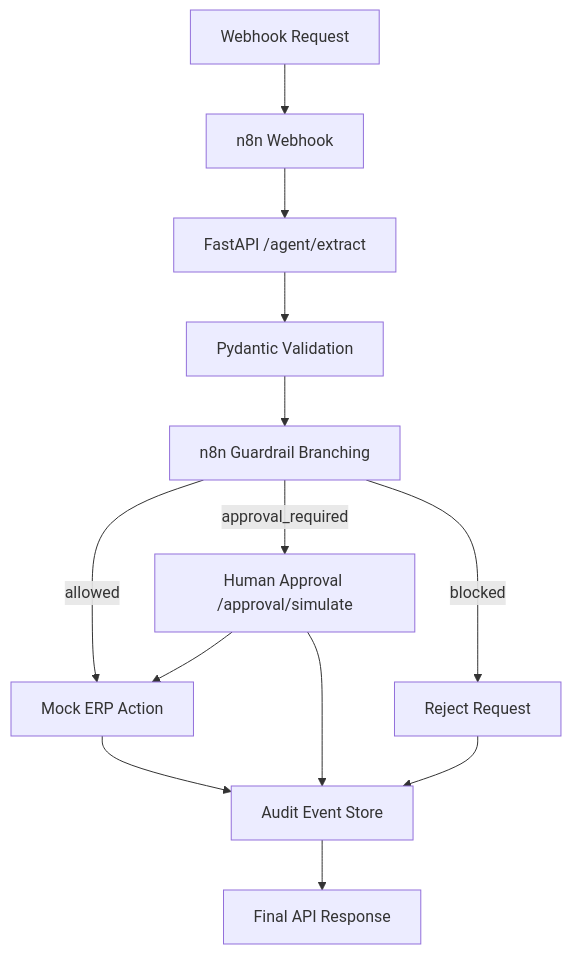
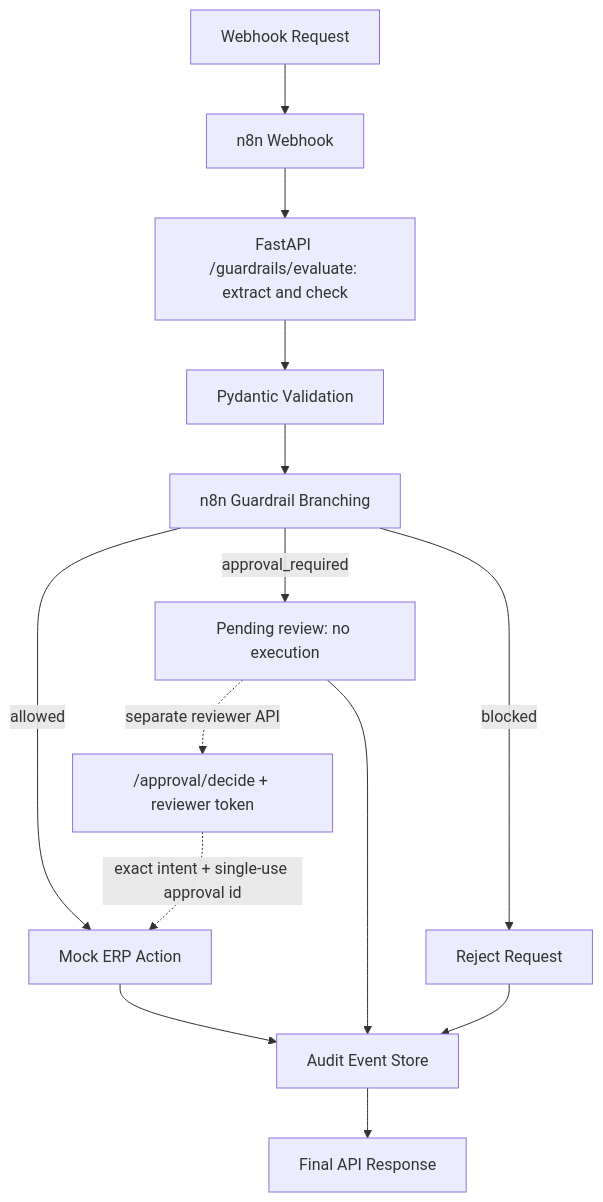
The diagram in README.md (gharisj3/ai-agent-execution-layer-demo), drawn with Mermaid before and after one commit. The commit also changed other lines of this file and 12 other files, not shown here.

Commit message:
Enforce intent-bound approvals for mock execution [skip ci]

````diff
--- a/README.md
+++ b/README.md
@@ -28,15 +30,16 @@
 ```mermaid
 flowchart TD
     A["Webhook Request"] --> B["n8n Webhook"]
-    B --> C["FastAPI /agent/extract"]
+    B --> C["FastAPI /guardrails/evaluate: extract and check"]
     C --> D["Pydantic Validation"]
     D --> E["n8n Guardrail Branching"]
     E -->|allowed| F["Mock ERP Action"]
-    E -->|approval_required| G["Human Approval /approval/simulate"]
-    G --> F
+    E -->|approval_required| G["Pending review: no execution"]
+    G -. separate reviewer API .-> K["/approval/decide + reviewer token"]
+    K -. exact intent + single-use approval id .-> F
     E -->|blocked| H["Reject Request"]
     F --> I["Audit Event Store"]
     G --> I
     H --> I
     I --> J["Final API Response"]
 ```
````
